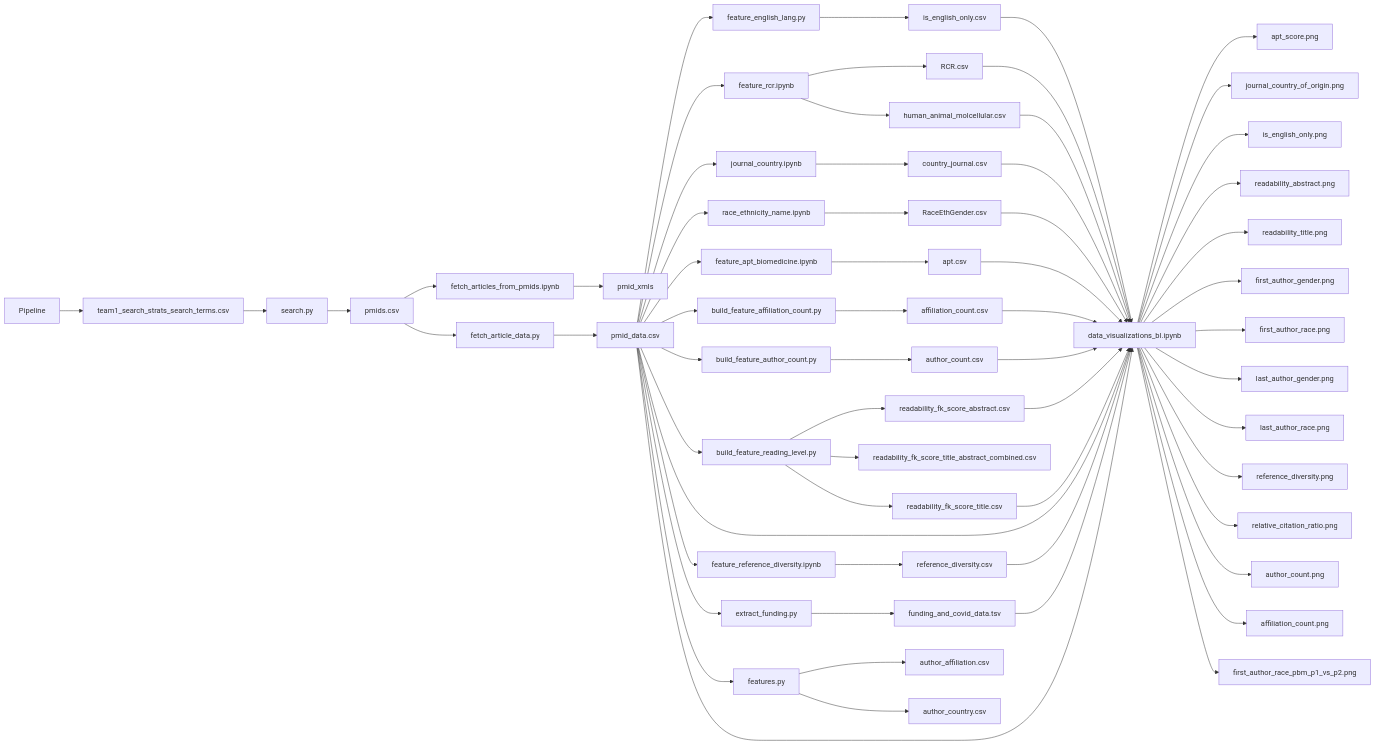
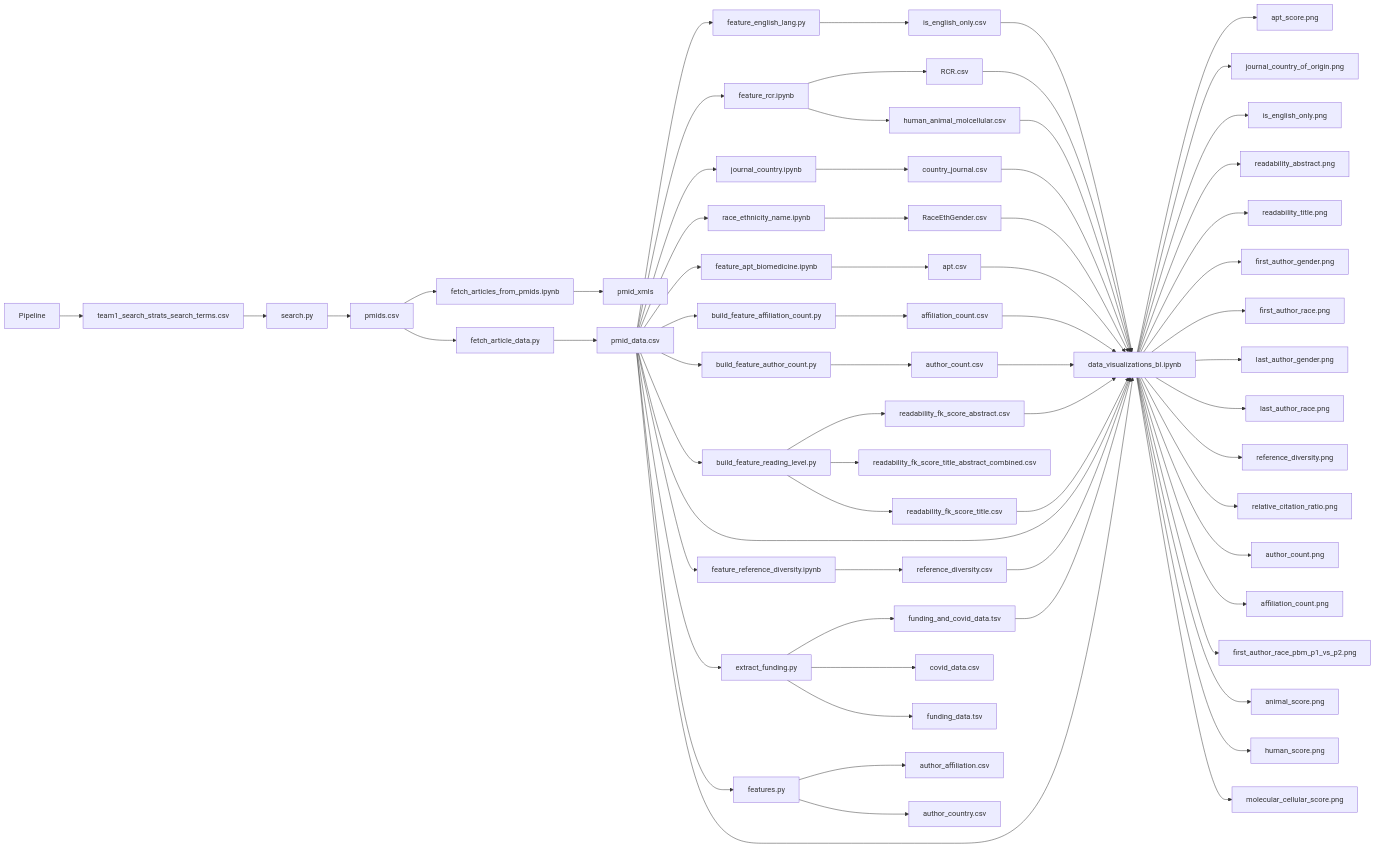
One commit to NCBI-Codeathons/pubmed-codeathon-team1 changed the diagram in README.md. Above: the diagram before and after it, drawn with Mermaid.

Commit message:
adding more pipeline outs

````diff
--- a/README.md
+++ b/README.md
@@ -64,64 +64,70 @@
 ```mermaid
     graph LR;
         Pipeline-->team1_search_strats_search_terms.csv;
         team1_search_strats_search_terms.csv-->search.py
         search.py-->pmids.csv
         pmids.csv-->fetch_articles_from_pmids.ipynb
         fetch_articles_from_pmids.ipynb-->pmid_xmls
         pmids.csv-->fetch_article_data.py
         fetch_article_data.py-->pmid_data.csv
         pmid_data.csv-->feature_english_lang.py
         feature_english_lang.py-->is_english_only.csv
         pmid_data.csv-->feature_rcr.ipynb
         feature_rcr.ipynb-->RCR.csv
         pmid_data.csv-->journal_country.ipynb
         journal_country.ipynb-->country_journal.csv
         pmid_data.csv-->race_ethnicity_name.ipynb
         race_ethnicity_name.ipynb-->RaceEthGender.csv
         pmid_data.csv-->feature_apt_biomedicine.ipynb
         feature_apt_biomedicine.ipynb-->apt.csv
         pmid_data.csv-->build_feature_affiliation_count.py
         build_feature_affiliation_count.py-->affiliation_count.csv
         pmid_data.csv-->build_feature_author_count.py
         build_feature_author_count.py-->author_count.csv
         pmid_data.csv-->build_feature_reading_level.py
         build_feature_reading_level.py-->readability_fk_score_abstract.csv
         build_feature_reading_level.py-->readability_fk_score_title_abstract_combined.csv
         build_feature_reading_level.py-->readability_fk_score_title.csv
         pmid_data.csv-->data_visualizations_bl.ipynb
         apt.csv-->data_visualizations_bl.ipynb
         feature_rcr.ipynb-->human_animal_molcellular.csv
         data_visualizations_bl.ipynb-->apt_score.png
         country_journal.csv-->data_visualizations_bl.ipynb
         data_visualizations_bl.ipynb-->journal_country_of_origin.png
         is_english_only.csv-->data_visualizations_bl.ipynb
         data_visualizations_bl.ipynb-->is_english_only.png
         human_animal_molcellular.csv-->data_visualizations_bl.ipynb
         readability_fk_score_abstract.csv-->data_visualizations_bl.ipynb
         data_visualizations_bl.ipynb-->readability_abstract.png
         readability_fk_score_title.csv-->data_visualizations_bl.ipynb
         data_visualizations_bl.ipynb-->readability_title.png
         pmid_data.csv-->feature_reference_diversity.ipynb
         feature_reference_diversity.ipynb-->reference_diversity.csv
         data_visualizations_bl.ipynb-->first_author_gender.png
         data_visualizations_bl.ipynb-->first_author_race.png
         data_visualizations_bl.ipynb-->last_author_gender.png
         data_visualizations_bl.ipynb-->last_author_race.png
         data_visualizations_bl.ipynb-->reference_diversity.png
         data_visualizations_bl.ipynb-->relative_citation_ratio.png
         pmid_data.csv-->extract_funding.py
         extract_funding.py-->funding_and_covid_data.tsv
         pmid_data.csv-->features.py
         features.py-->author_affiliation.csv
         features.py-->author_country.csv
         pmid_data.csv-->data_visualizations_bl.ipynb
         RaceEthGender.csv-->data_visualizations_bl.ipynb
         reference_diversity.csv-->data_visualizations_bl.ipynb
         RCR.csv-->data_visualizations_bl.ipynb
         author_count.csv-->data_visualizations_bl.ipynb
         data_visualizations_bl.ipynb-->author_count.png
         affiliation_count.csv-->data_visualizations_bl.ipynb
         data_visualizations_bl.ipynb-->affiliation_count.png
         funding_and_covid_data.tsv-->data_visualizations_bl.ipynb
         data_visualizations_bl.ipynb-->first_author_race_pbm_p1_vs_p2.png
+        extract_funding.py-->covid_data.csv
+        extract_funding.py-->funding_data.tsv
+        data_visualizations_bl.ipynb-->animal_score.png
+        data_visualizations_bl.ipynb-->human_score.png
+        data_visualizations_bl.ipynb-->molecular_cellular_score.png
+
 ```
````
